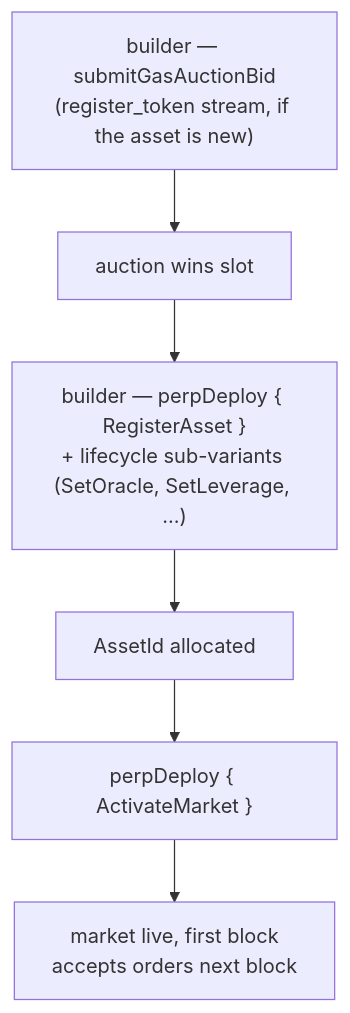
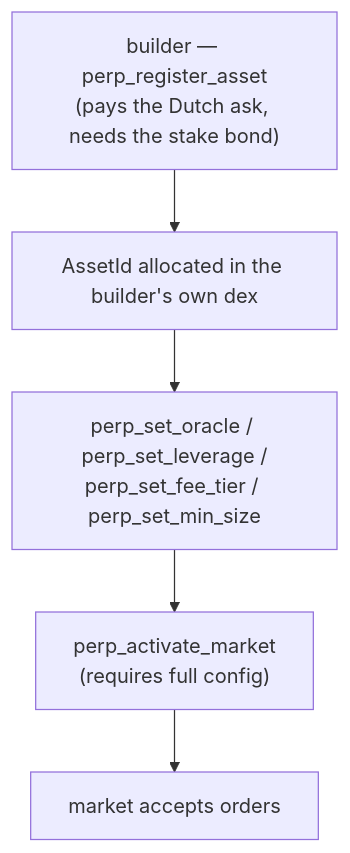
The diagram in docs/mip/mip-3.md (mtf-exchange/metaflux-knowledges), drawn with Mermaid before and after one commit. The commit also changed other lines of this file and 2 other files, not shown here.

````diff
--- a/docs/mip/mip-3.md
+++ b/docs/mip/mip-3.md
@@ -21,8 +60,7 @@
 ```mermaid
 flowchart TD
-    A["builder — submitGasAuctionBid<br/>(register_token stream, if the asset is new)"] --> B["auction wins slot"]
-    B --> C["builder — perpDeploy { RegisterAsset }<br/>+ lifecycle sub-variants (SetOracle, SetLeverage, ...)"]
-    C --> D["AssetId allocated"]
-    D --> E["perpDeploy { ActivateMarket }"]
-    E --> F["market live, first block<br/>accepts orders next block"]
+    A["builder — perp_register_asset<br/>(pays the Dutch ask, needs the stake bond)"] --> B["AssetId allocated in the builder's own dex"]
+    B --> C["perp_set_oracle / perp_set_leverage /<br/>perp_set_fee_tier / perp_set_min_size"]
+    C --> D["perp_activate_market<br/>(requires full config)"]
+    D --> E["market accepts orders"]
 ```
````
